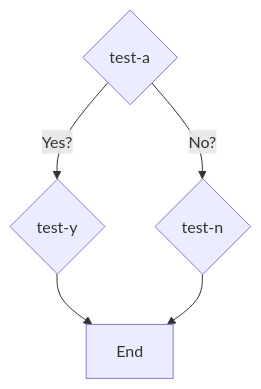
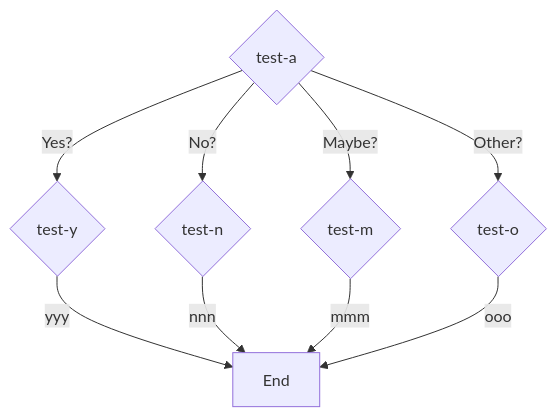
One commit to ch3ll0v3k/ch3ll0v3k.github.io changed the diagram in README.md. Above: the diagram before and after it, drawn with Mermaid.

Commit message:
"mermaid flowchart/flowchart test"

````diff
--- a/README.md
+++ b/README.md
@@ -4,7 +4,11 @@
 ```mermaid
 flowchart TD;
   A{test-a} -- Yes? --> Y{test-y};
   A{test-a} -- No? --> N{test-n};
-  Y --> End;
-  N --> End;
+  A{test-a} -- Maybe? --> M{test-m};
+  A{test-a} -- Other? --> O{test-o};
+  Y -- yyy --> End;
+  N -- nnn --> End;
+  M -- mmm --> End;
+  O -- ooo --> End;
 ```
````
